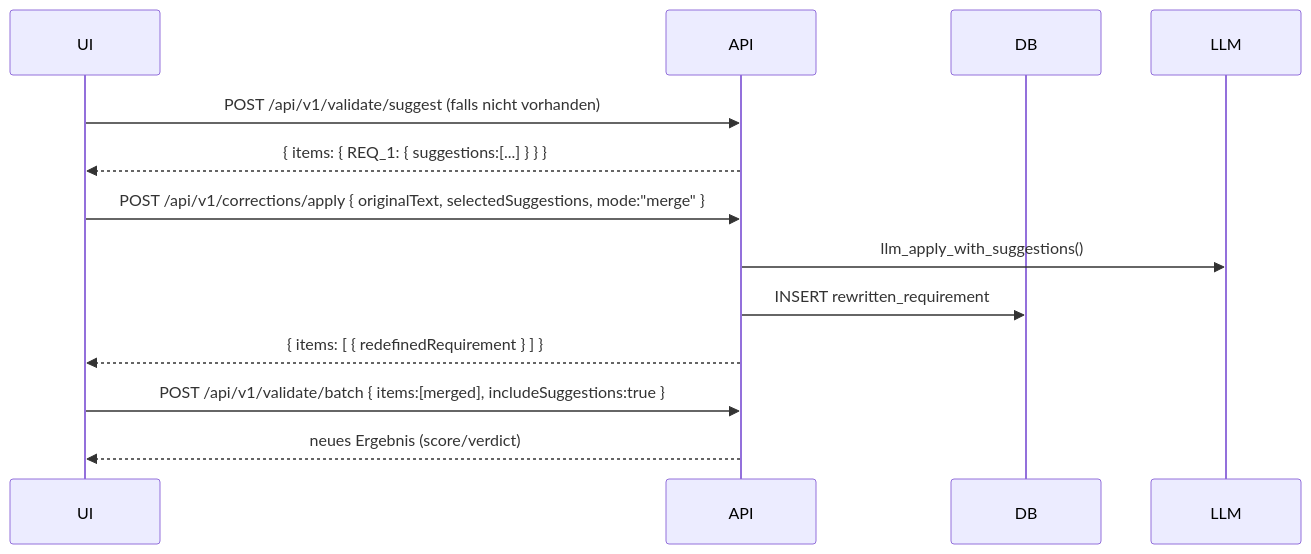
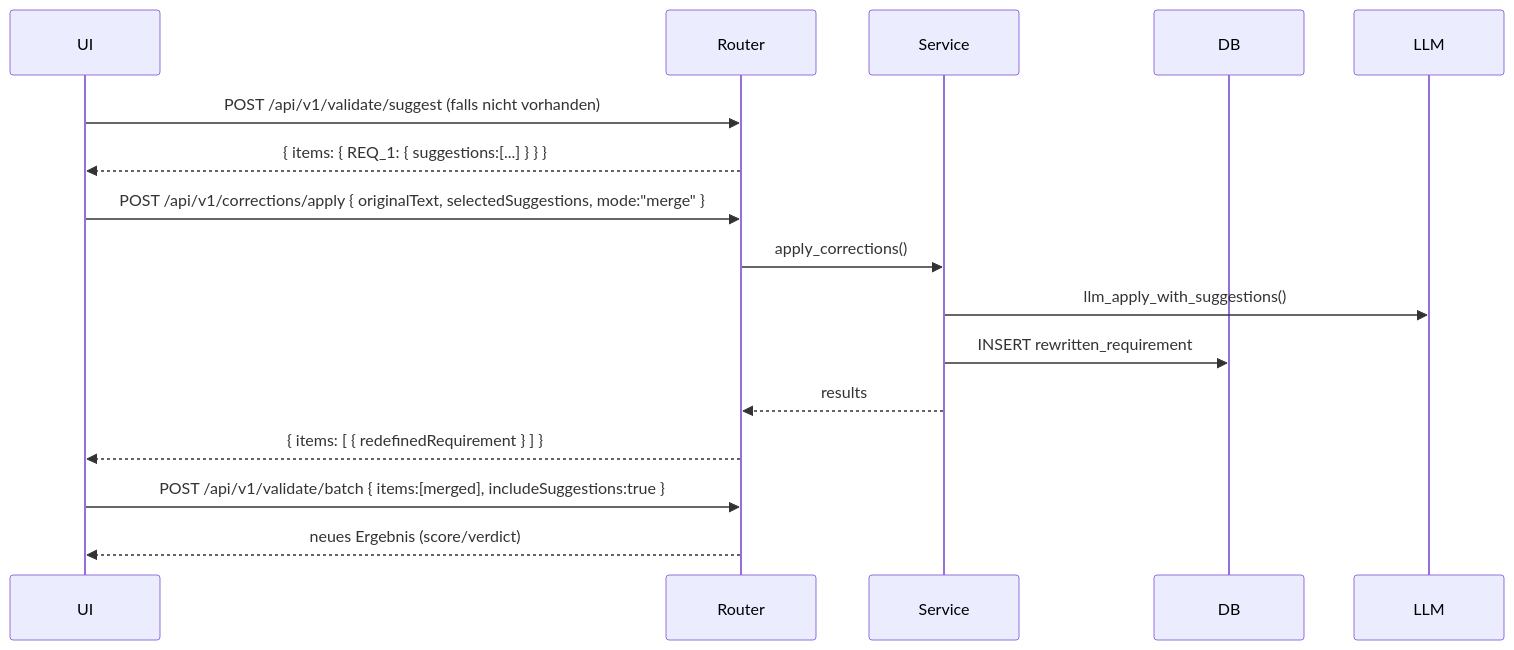
One commit to Flissel/-req-orchestrator changed the second of 9 diagrams in docs/architecture/FEATURES_AND_STACKS.md. Above: the diagram before and after it, drawn with Mermaid. The commit also changed other lines of this file and 128 other files, not shown here.

````diff
--- a/docs/architecture/FEATURES_AND_STACKS.md
+++ b/docs/architecture/FEATURES_AND_STACKS.md
@@ -47,18 +51,21 @@
 ```mermaid
 sequenceDiagram
   participant UI
-  participant API
+  participant Router
+  participant Service
   participant DB
   participant LLM
 
-  UI->>API: POST /api/v1/validate/suggest  (falls nicht vorhanden)
-  API-->>UI: { items: { REQ_1: { suggestions:[...] } } }
+  UI->>Router: POST /api/v1/validate/suggest  (falls nicht vorhanden)
+  Router-->>UI: { items: { REQ_1: { suggestions:[...] } } }
 
-  UI->>API: POST /api/v1/corrections/apply { originalText, selectedSuggestions, mode:"merge" }
-  API->>LLM: llm_apply_with_suggestions()
-  API->>DB: INSERT rewritten_requirement
-  API-->>UI: { items: [ { redefinedRequirement } ] }
+  UI->>Router: POST /api/v1/corrections/apply { originalText, selectedSuggestions, mode:"merge" }
+  Router->>Service: apply_corrections()
+  Service->>LLM: llm_apply_with_suggestions()
+  Service->>DB: INSERT rewritten_requirement
+  Service-->>Router: results
+  Router-->>UI: { items: [ { redefinedRequirement } ] }
 
-  UI->>API: POST /api/v1/validate/batch { items:[merged], includeSuggestions:true }
-  API-->>UI: neues Ergebnis (score/verdict)
+  UI->>Router: POST /api/v1/validate/batch { items:[merged], includeSuggestions:true }
+  Router-->>UI: neues Ergebnis (score/verdict)
 ```
````
